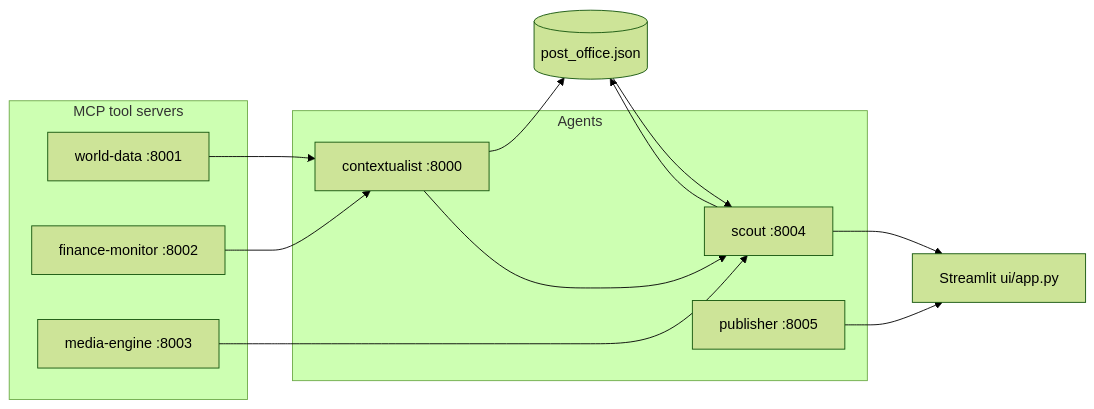
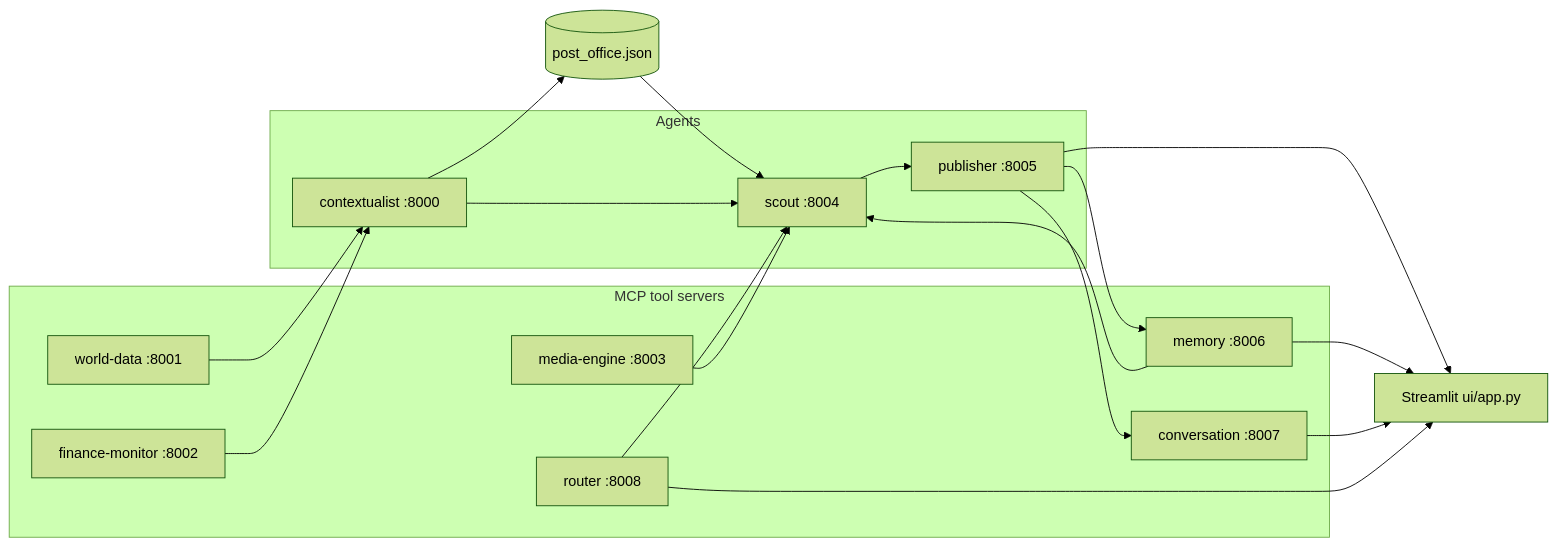
One commit to Keerthan22-sys/multi-agent-system-a2a-mcp changed the diagram in README.md. Above: the diagram before and after it, drawn with Mermaid (forest theme). The commit also changed other lines of this file, not shown here.

````diff
--- a/README.md
+++ b/README.md
@@ -7,24 +7,33 @@
 ```mermaid
 flowchart LR
   subgraph tools [MCP tool servers]
     WD[world-data :8001]
     FM[finance-monitor :8002]
     ME[media-engine :8003]
+    MEM[memory :8006]
+    CONV[conversation :8007]
+    RT[router :8008]
   end
   subgraph agents [Agents]
     CTX[contextualist :8000]
     SC[scout :8004]
     PUB[publisher :8005]
   end
   UI[Streamlit ui/app.py]
   PO[(post_office.json)]
+  RT --> SC
   WD --> CTX
   FM --> CTX
   CTX --> PO
   PO --> SC
   CTX --> SC
   ME --> SC
-  SC --> PO
-  SC --> UI
+  MEM --> SC
+  SC --> PUB
+  PUB --> MEM
+  PUB --> CONV
   PUB --> UI
+  MEM --> UI
+  CONV --> UI
+  RT --> UI
 ```
````
